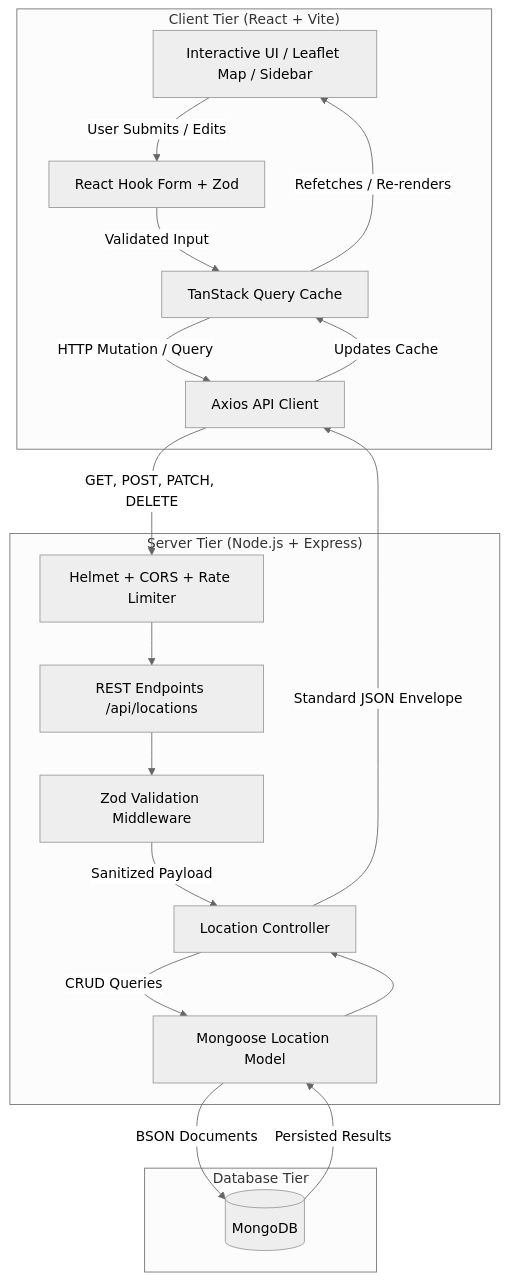
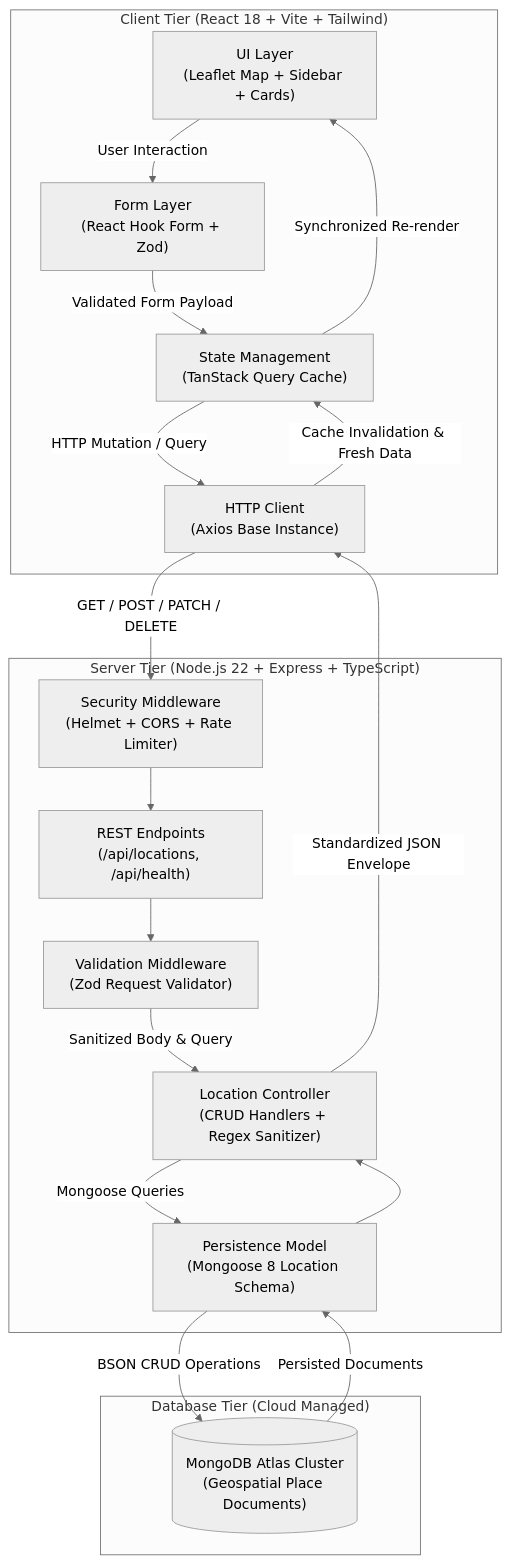
Before and after one commit to Satvik77777/spotly: the diagram in README.md, drawn with Mermaid (neutral theme). The commit also changed other lines of this file, not shown here.

Commit message:
docs: enrich README with live deployment links, compliance matrix, and complete API spec

````diff
--- a/README.md
+++ b/README.md
@@ -68,36 +69,36 @@
 ```mermaid
 graph TD
-    subgraph Browser ["Client Tier (React + Vite)"]
-        UI[Interactive UI / Leaflet Map / Sidebar]
-        Form[React Hook Form + Zod]
-        Cache[TanStack Query Cache]
-        ClientAPI[Axios API Client]
+    subgraph Browser ["Client Tier (React 18 + Vite + Tailwind)"]
+        UI["UI Layer<br/>(Leaflet Map + Sidebar + Cards)"]
+        RHF["Form Layer<br/>(React Hook Form + Zod)"]
+        Cache["State Management<br/>(TanStack Query Cache)"]
+        ClientAPI["HTTP Client<br/>(Axios Base Instance)"]
     end
 
-    subgraph Server ["Server Tier (Node.js + Express)"]
-        Router[REST Endpoints /api/locations]
-        Security[Helmet + CORS + Rate Limiter]
-        ValMiddleware[Zod Validation Middleware]
-        Controller[Location Controller]
-        Model[Mongoose Location Model]
+    subgraph Server ["Server Tier (Node.js 22 + Express + TypeScript)"]
+        Router["REST Endpoints<br/>(/api/locations, /api/health)"]
+        SecMiddleware["Security Middleware<br/>(Helmet + CORS + Rate Limiter)"]
+        ValMiddleware["Validation Middleware<br/>(Zod Request Validator)"]
+        Controller["Location Controller<br/>(CRUD Handlers + Regex Sanitizer)"]
+        Model["Persistence Model<br/>(Mongoose 8 Location Schema)"]
     end
 
-    subgraph Persistence ["Database Tier"]
-        DB[(MongoDB)]
+    subgraph Database ["Database Tier (Cloud Managed)"]
+        Atlas[("MongoDB Atlas Cluster<br/>(Geospatial Place Documents)")]
     end
 
-    UI -->|User Submits / Edits| Form
-    Form -->|Validated Input| Cache
+    UI -->|User Interaction| RHF
+    RHF -->|Validated Form Payload| Cache
     Cache -->|HTTP Mutation / Query| ClientAPI
-    ClientAPI -->|GET, POST, PATCH, DELETE| Security
-    Security --> Router
+    ClientAPI -->|GET / POST / PATCH / DELETE| SecMiddleware
+    SecMiddleware --> Router
     Router --> ValMiddleware
-    ValMiddleware -->|Sanitized Payload| Controller
-    Controller -->|CRUD Queries| Model
-    Model -->|BSON Documents| DB
-    DB -->|Persisted Results| Model
+    ValMiddleware -->|Sanitized Body & Query| Controller
+    Controller -->|Mongoose Queries| Model
+    Model -->|BSON CRUD Operations| Atlas
+    Atlas -->|Persisted Documents| Model
     Model --> Controller
-    Controller -->|Standard JSON Envelope| ClientAPI
-    ClientAPI -->|Updates Cache| Cache
-    Cache -->|Refetches / Re-renders| UI
+    Controller -->|Standardized JSON Envelope| ClientAPI
+    ClientAPI -->|Cache Invalidation & Fresh Data| Cache
+    Cache -->|Synchronized Re-render| UI
 ```
````
